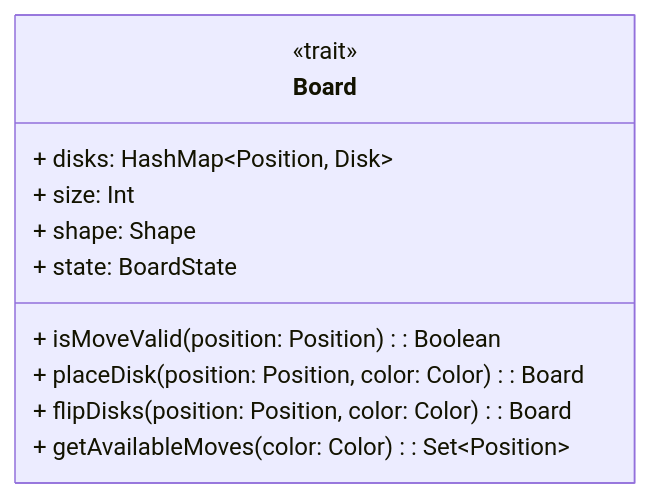
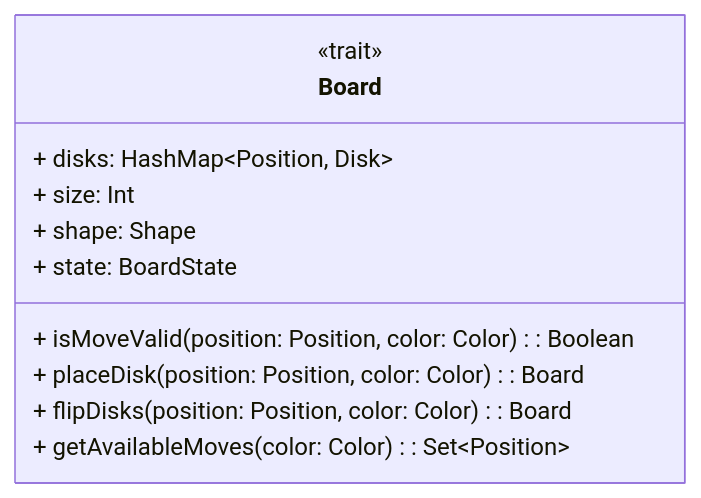
The tenth of 12 diagrams in docs/report/5-detailed-design.md (Borgotto/PPS-25-scalatello), drawn with Mermaid before and after one commit.

Commit message:
Update Board trait

````diff
--- a/docs/report/5-detailed-design.md
+++ b/docs/report/5-detailed-design.md
@@ -222,14 +222,14 @@
 ```mermaid
 classDiagram
   class Board {
     <<trait>>
     + disks: HashMap~Position, Disk~
     + size: Int
     + shape: Shape
     + state: BoardState
-    + isMoveValid(position: Position): Boolean
+    + isMoveValid(position: Position, color: Color): Boolean
     + placeDisk(position: Position, color: Color): Board
     + flipDisks(position: Position, color: Color): Board
     + getAvailableMoves(color: Color): Set~Position~
   }
 ```
````
